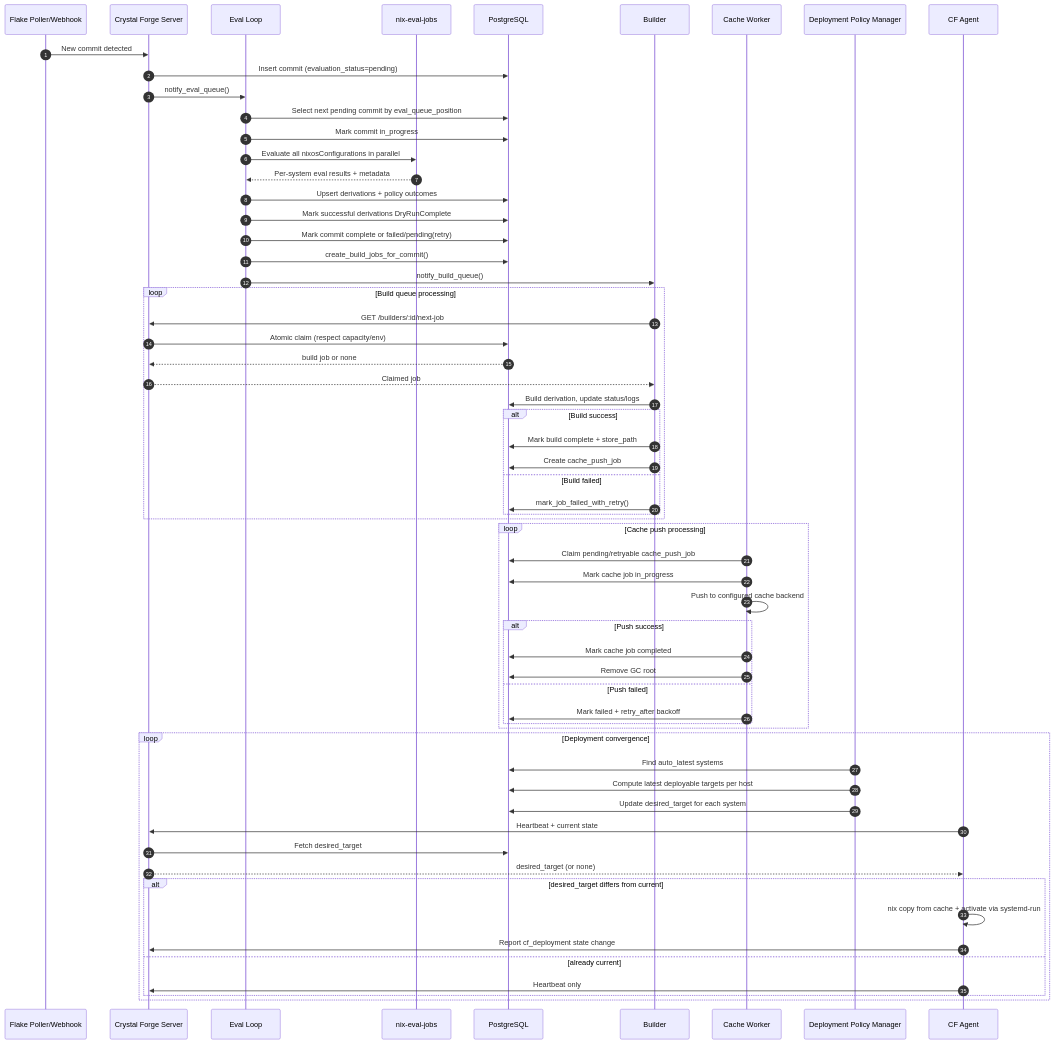
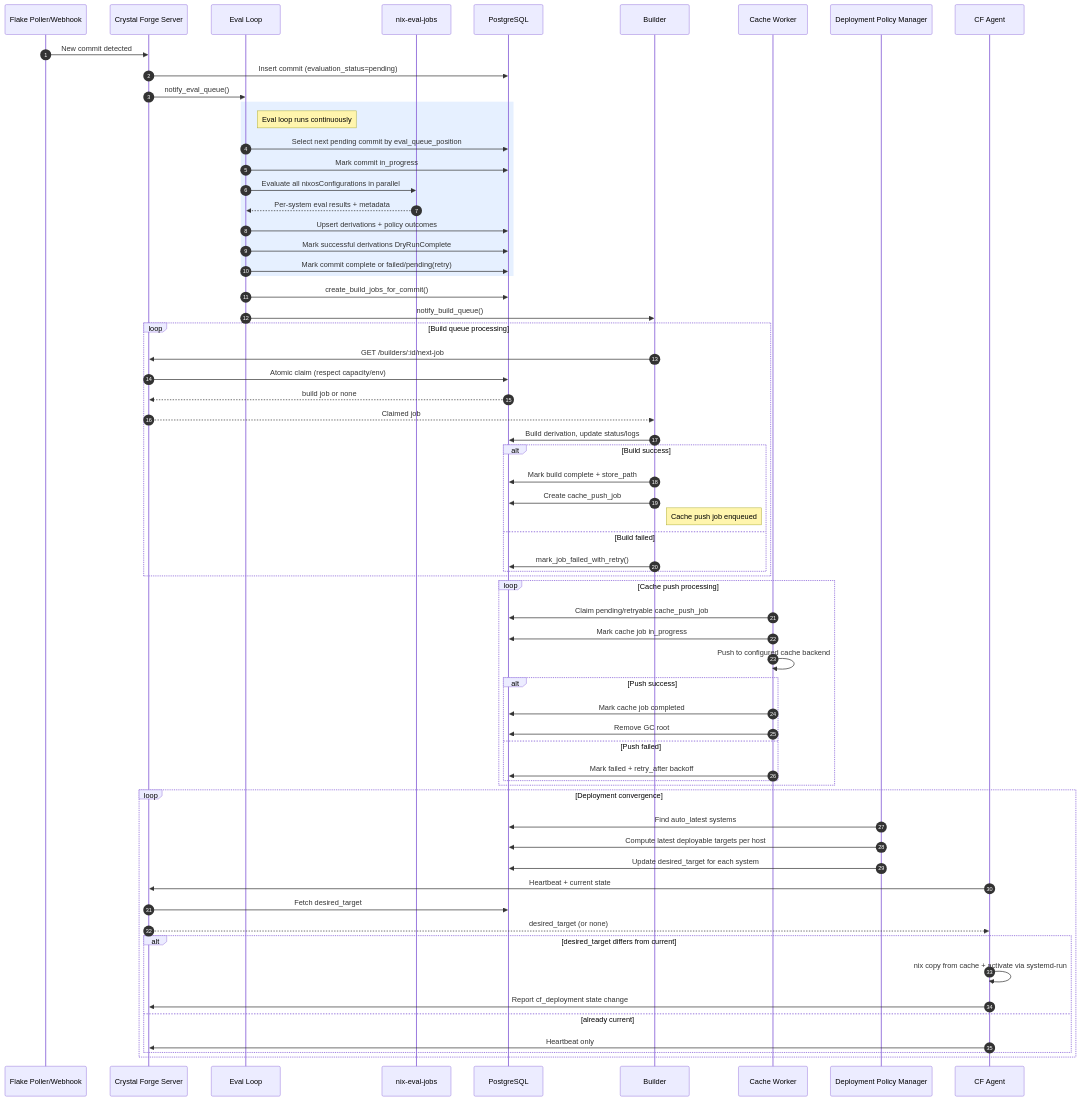
The diagram in docs/eval-build-deploy-sequence.md (usmcamp0811/crystal-forge), drawn with Mermaid before and after one commit.

Commit message:
sequence diagram

````diff
--- a/docs/eval-build-deploy-sequence.md
+++ b/docs/eval-build-deploy-sequence.md
@@ -7,72 +7,76 @@
 ```mermaid
 sequenceDiagram
     autonumber
     participant Poller as Flake Poller/Webhook
     participant API as Crystal Forge Server
     participant EQ as Eval Loop
     participant NEJ as nix-eval-jobs
     participant DB as PostgreSQL
     participant B as Builder
     participant CQ as Cache Worker
     participant DPM as Deployment Policy Manager
     participant Agent as CF Agent
 
     Poller->>API: New commit detected
     API->>DB: Insert commit (evaluation_status=pending)
     API->>EQ: notify_eval_queue()
 
-    EQ->>DB: Select next pending commit by eval_queue_position
-    EQ->>DB: Mark commit in_progress
-    EQ->>NEJ: Evaluate all nixosConfigurations in parallel
-    NEJ-->>EQ: Per-system eval results + metadata
+    rect rgb(230, 240, 255)
+        note right of EQ: Eval loop runs continuously
+        EQ->>DB: Select next pending commit by eval_queue_position
+        EQ->>DB: Mark commit in_progress
+        EQ->>NEJ: Evaluate all nixosConfigurations in parallel
+        NEJ-->>EQ: Per-system eval results + metadata
 
-    EQ->>DB: Upsert derivations + policy outcomes
-    EQ->>DB: Mark successful derivations DryRunComplete
-    EQ->>DB: Mark commit complete or failed/pending(retry)
+        EQ->>DB: Upsert derivations + policy outcomes
+        EQ->>DB: Mark successful derivations DryRunComplete
+        EQ->>DB: Mark commit complete or failed/pending(retry)
+    end
 
     EQ->>DB: create_build_jobs_for_commit()
     EQ->>B: notify_build_queue()
 
     loop Build queue processing
         B->>API: GET /builders/:id/next-job
         API->>DB: Atomic claim (respect capacity/env)
         DB-->>API: build job or none
         API-->>B: Claimed job
         B->>DB: Build derivation, update status/logs
         alt Build success
             B->>DB: Mark build complete + store_path
             B->>DB: Create cache_push_job
+            note right of B: Cache push job enqueued
         else Build failed
             B->>DB: mark_job_failed_with_retry()
         end
     end
 
     loop Cache push processing
         CQ->>DB: Claim pending/retryable cache_push_job
         CQ->>DB: Mark cache job in_progress
         CQ->>CQ: Push to configured cache backend
         alt Push success
             CQ->>DB: Mark cache job completed
             CQ->>DB: Remove GC root
         else Push failed
             CQ->>DB: Mark failed + retry_after backoff
         end
     end
 
     loop Deployment convergence
         DPM->>DB: Find auto_latest systems
         DPM->>DB: Compute latest deployable targets per host
         DPM->>DB: Update desired_target for each system
 
         Agent->>API: Heartbeat + current state
         API->>DB: Fetch desired_target
         API-->>Agent: desired_target (or none)
 
         alt desired_target differs from current
             Agent->>Agent: nix copy from cache + activate via systemd-run
             Agent->>API: Report cf_deployment state change
         else already current
             Agent->>API: Heartbeat only
         end
     end
 ```
````
